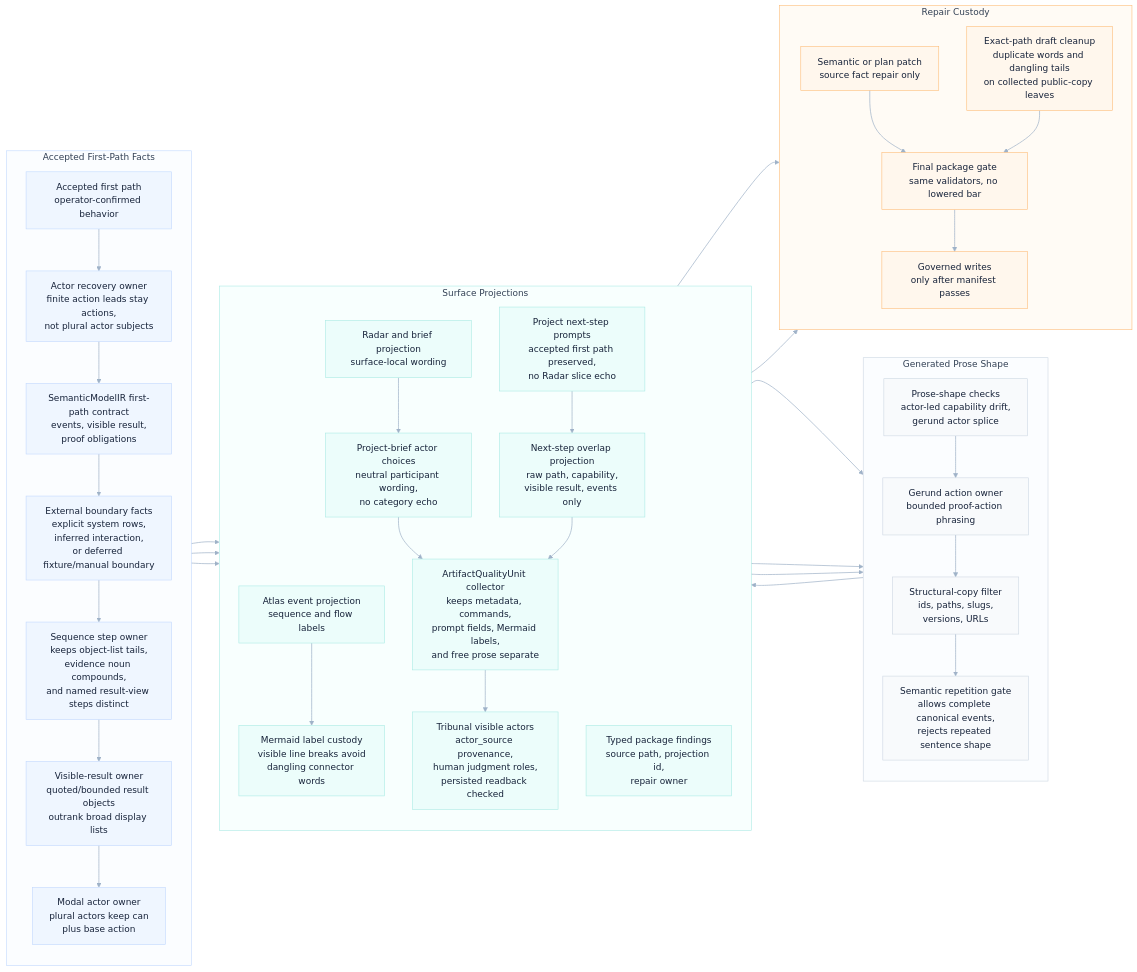
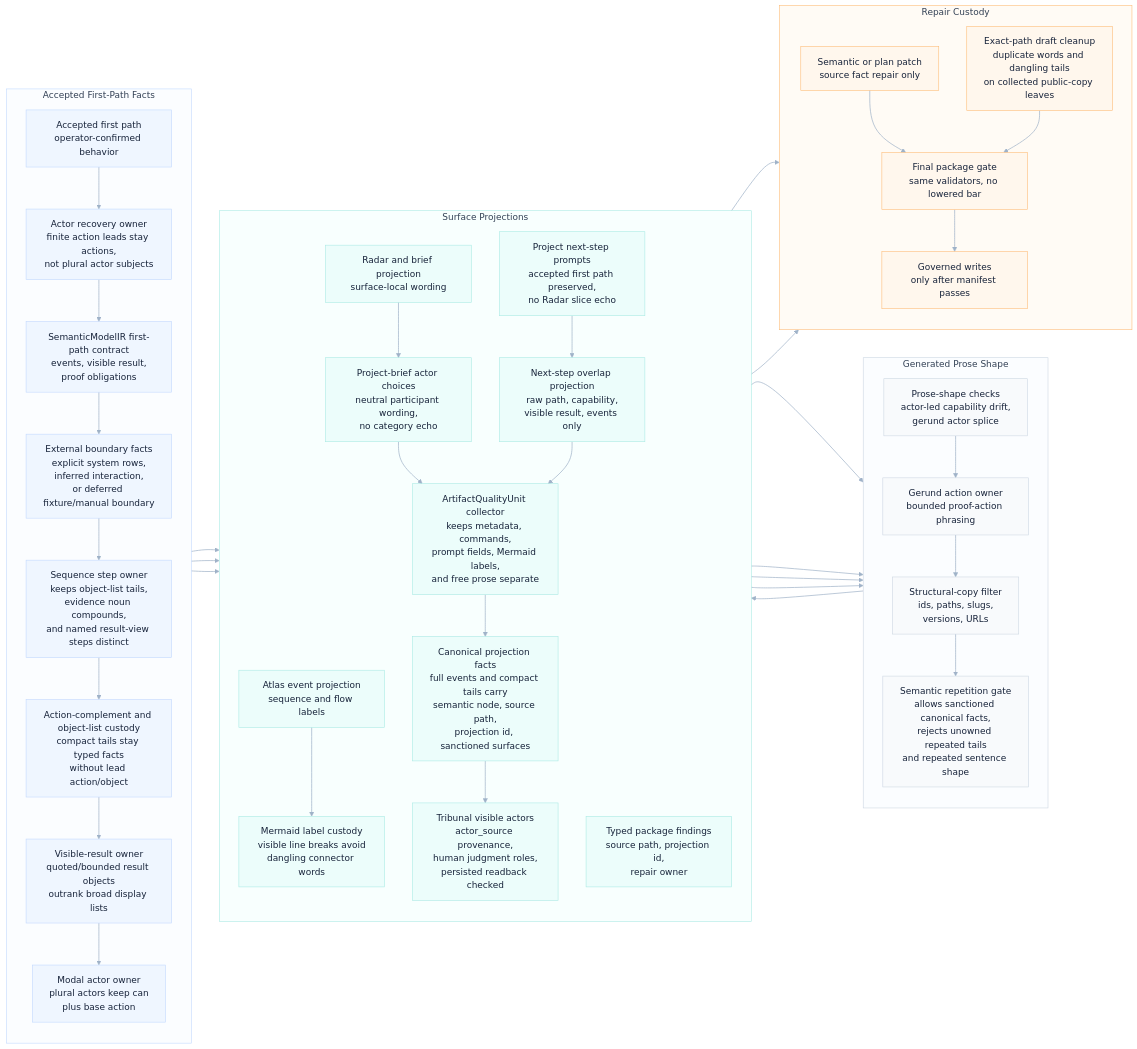
The diagram in odylith/atlas/source/greenfield-first-path-semantic-copy-custody.mmd (odylith/odylith), drawn with Mermaid (forest theme) before and after one commit. The commit also changed 57 other files, not shown here.

Commit message:
Fix greenfield first-path projection custody

```diff
--- a/odylith/atlas/source/greenfield-first-path-semantic-copy-custody.mmd
+++ b/odylith/atlas/source/greenfield-first-path-semantic-copy-custody.mmd
@@ -1,83 +1,88 @@
 flowchart LR
     subgraph intent_lane["Accepted First-Path Facts"]
       direction TB
       accepted_path["Accepted first path<br/>operator-confirmed behavior"]
       actor_recovery["Actor recovery owner<br/>finite action leads stay actions,<br/>not plural actor subjects"]
       semantic_contract["SemanticModelIR first-path contract<br/>events, visible result,<br/>proof obligations"]
       external_boundary["External boundary facts<br/>explicit system rows,<br/>inferred interaction,<br/>or deferred fixture/manual boundary"]
       sequence_owner["Sequence step owner<br/>keeps object-list tails,<br/>evidence noun compounds,<br/>and named result-view steps distinct"]
+      tail_custody["Action-complement and object-list custody<br/>compact tails stay typed facts<br/>without lead action/object"]
       visible_result_owner["Visible-result owner<br/>quoted/bounded result objects<br/>outrank broad display lists"]
       modal_owner["Modal actor owner<br/>plural actors keep can<br/>plus base action"]
     end
 
     subgraph prose_lane["Generated Prose Shape"]
       direction TB
       shape_checks["Prose-shape checks<br/>actor-led capability drift,<br/>gerund actor splice"]
       gerund_owner["Gerund action owner<br/>bounded proof-action phrasing"]
       structural_filter["Structural-copy filter<br/>ids, paths, slugs,<br/>versions, URLs"]
-      repetition_gate["Semantic repetition gate<br/>allows complete canonical events,<br/>rejects repeated sentence shape"]
+      repetition_gate["Semantic repetition gate<br/>allows sanctioned canonical facts,<br/>rejects unowned repeated tails<br/>and repeated sentence shape"]
     end
 
     subgraph projection_lane["Surface Projections"]
       direction TB
       radar_projection["Radar and brief projection<br/>surface-local wording"]
       actor_choice_copy["Project-brief actor choices<br/>neutral participant wording,<br/>no category echo"]
       atlas_projection["Atlas event projection<br/>sequence and flow labels"]
       mermaid_label_custody["Mermaid label custody<br/>visible line breaks avoid<br/>dangling connector words"]
       next_step_prompts["Project next-step prompts<br/>accepted first path preserved,<br/>no Radar slice echo"]
       overlap_projection["Next-step overlap projection<br/>raw path, capability,<br/>visible result, events only"]
       artifact_units["ArtifactQualityUnit collector<br/>keeps metadata, commands,<br/>prompt fields, Mermaid labels,<br/>and free prose separate"]
+      canonical_facts["Canonical projection facts<br/>full events and compact tails carry<br/>semantic node, source path,<br/>projection id, sanctioned surfaces"]
       tribunal_actors["Tribunal visible actors<br/>actor_source provenance,<br/>human judgment roles,<br/>persisted readback checked"]
       package_findings["Typed package findings<br/>source path, projection id,<br/>repair owner"]
     end
 
     subgraph repair_lane["Repair Custody"]
       direction TB
       semantic_plan_patch["Semantic or plan patch<br/>source fact repair only"]
       exact_draft_cleanup["Exact-path draft cleanup<br/>duplicate words and dangling tails<br/>on collected public-copy leaves"]
       final_gate["Final package gate<br/>same validators, no lowered bar"]
       governed_write["Governed writes<br/>only after manifest passes"]
     end
 
     accepted_path --> actor_recovery
     actor_recovery --> semantic_contract
     semantic_contract --> external_boundary
     external_boundary --> sequence_owner
-    sequence_owner --> visible_result_owner
+    sequence_owner --> tail_custody
+    tail_custody --> visible_result_owner
     visible_result_owner --> modal_owner
     modal_owner --> radar_projection
     modal_owner --> atlas_projection
     modal_owner --> next_step_prompts
     radar_projection --> actor_choice_copy
     radar_projection --> shape_checks
     atlas_projection --> mermaid_label_custody
     mermaid_label_custody --> shape_checks
     actor_choice_copy --> artifact_units
     next_step_prompts --> overlap_projection
     overlap_projection --> artifact_units
-    artifact_units --> tribunal_actors
+    artifact_units --> canonical_facts
+    canonical_facts --> tribunal_actors
     tribunal_actors --> shape_checks
     shape_checks --> gerund_owner
     gerund_owner --> structural_filter
     structural_filter --> repetition_gate
+    canonical_facts --> repetition_gate
     repetition_gate --> package_findings
     package_findings --> semantic_plan_patch
     package_findings --> exact_draft_cleanup
     semantic_plan_patch --> final_gate
     exact_draft_cleanup --> final_gate
     final_gate --> governed_write
 
     classDef intent fill:#EFF6FF,stroke:#BFD7FE,color:#17233A,stroke-width:1px;
     classDef prose fill:#F8FAFC,stroke:#CBD5E1,color:#17233A,stroke-width:1px;
     classDef projection fill:#ECFDFB,stroke:#A7E9E3,color:#17233A,stroke-width:1px;
     classDef repair fill:#FFF7ED,stroke:#FDBA74,color:#17233A,stroke-width:1px;
-    class accepted_path,actor_recovery,semantic_contract,external_boundary,sequence_owner,visible_result_owner,modal_owner intent;
+    class accepted_path,actor_recovery,semantic_contract,external_boundary,sequence_owner,tail_custody,visible_result_owner,modal_owner intent;
     class shape_checks,gerund_owner,structural_filter,repetition_gate prose;
-    class radar_projection,actor_choice_copy,atlas_projection,mermaid_label_custody,next_step_prompts,overlap_projection,artifact_units,tribunal_actors,package_findings projection;
+    class radar_projection,actor_choice_copy,atlas_projection,mermaid_label_custody,next_step_prompts,overlap_projection,artifact_units,canonical_facts,tribunal_actors,package_findings projection;
     class semantic_plan_patch,exact_draft_cleanup,final_gate,governed_write repair;
 
     style intent_lane fill:#FBFDFF,stroke:#BFD7FE,stroke-width:1px,color:#334155
     style prose_lane fill:#FBFDFF,stroke:#CBD5E1,stroke-width:1px,color:#334155
     style projection_lane fill:#F8FFFE,stroke:#A7E9E3,stroke-width:1px,color:#334155
     style repair_lane fill:#FFFBF5,stroke:#FDBA74,stroke-width:1px,color:#334155
     linkStyle default stroke:#9FB2C8,stroke-width:1.25px
```
